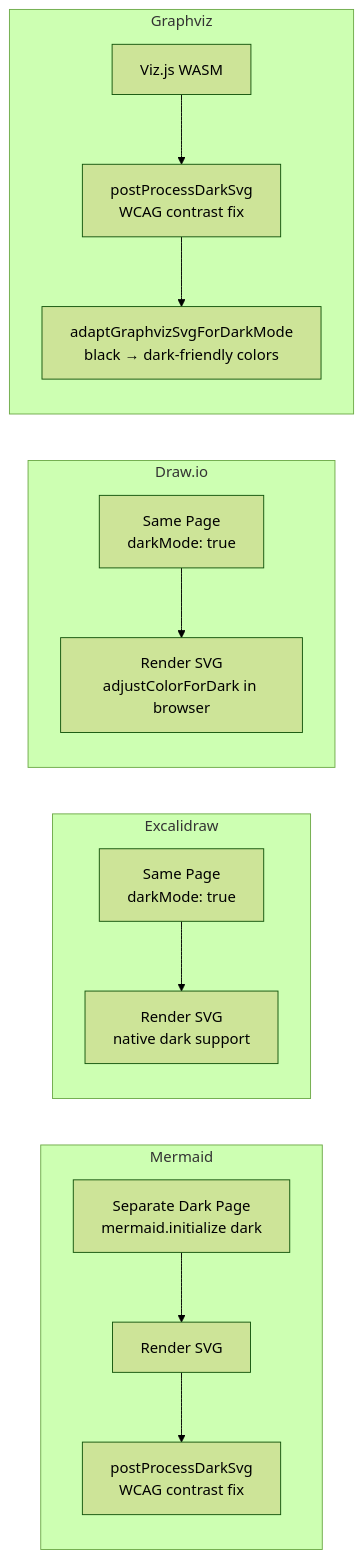
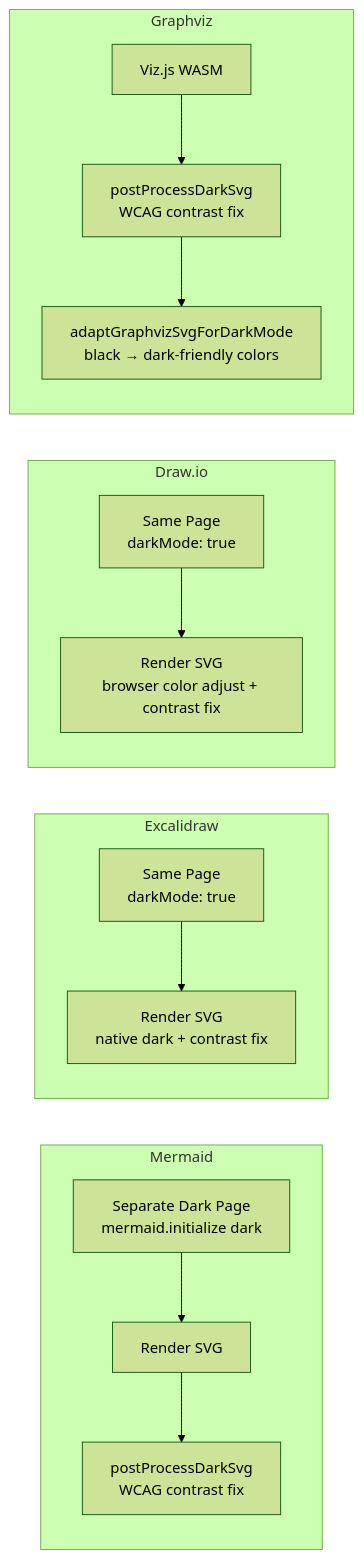
One commit to sujeet-pro/diagramkit changed the diagram in docs/guide/architecture/dark-mode.mermaid. Above: the diagram before and after it, drawn with Mermaid (forest theme). The commit also changed 32 other files, not shown here.

Commit message:
feat: inject SVG backgrounds for Mermaid diagrams, ship ai-guidelines exports

```diff
--- a/docs/guide/architecture/dark-mode.mermaid
+++ b/docs/guide/architecture/dark-mode.mermaid
@@ -1,22 +1,24 @@
+%% Diagram: Dark Mode Rendering Strategy
+%% Type: flowchart
 flowchart LR
     subgraph Mermaid
         direction TB
-        M1[Separate Dark Page<br/>mermaid.initialize dark] --> M2[Render SVG]
-        M2 --> M3[postProcessDarkSvg<br/>WCAG contrast fix]
+        mermaid_dark_page[Separate Dark Page<br/>mermaid.initialize dark] --> mermaid_render[Render SVG]
+        mermaid_render --> mermaid_contrast[postProcessDarkSvg<br/>WCAG contrast fix]
     end
 
     subgraph Excalidraw
         direction TB
-        E1[Same Page<br/>darkMode: true] --> E2[Render SVG<br/>native dark support]
+        excalidraw_page[Same Page<br/>darkMode: true] --> excalidraw_render[Render SVG<br/>native dark + contrast fix]
     end
 
     subgraph Draw.io
         direction TB
-        D1[Same Page<br/>darkMode: true] --> D2[Render SVG<br/>adjustColorForDark in browser]
+        drawio_page[Same Page<br/>darkMode: true] --> drawio_render[Render SVG<br/>browser color adjust + contrast fix]
     end
 
     subgraph Graphviz
         direction TB
-        G1[Viz.js WASM] --> G2[postProcessDarkSvg<br/>WCAG contrast fix]
-        G2 --> G3[adaptGraphvizSvgForDarkMode<br/>black → dark-friendly colors]
+        graphviz_wasm[Viz.js WASM] --> graphviz_contrast[postProcessDarkSvg<br/>WCAG contrast fix]
+        graphviz_contrast --> graphviz_adapt[adaptGraphvizSvgForDarkMode<br/>black → dark-friendly colors]
     end
```
